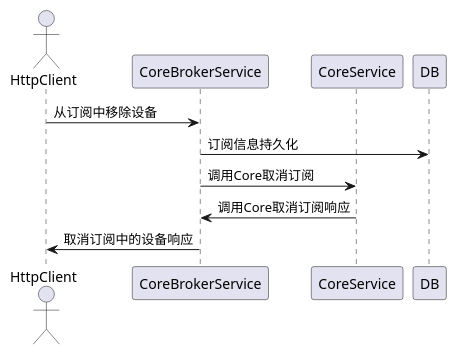
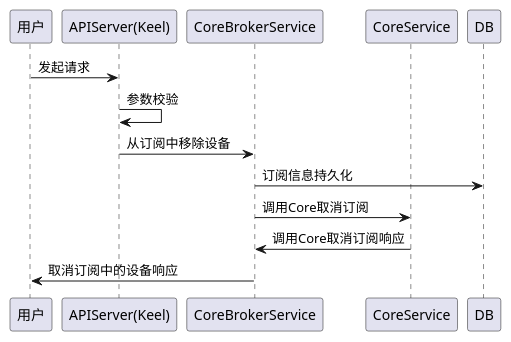
The fifth of 9 diagrams in docs/api/appendix/plantuml/core_broker.md (tkeel-io/docs), drawn with PlantUML before and after one commit. The commit also changed other lines of this file and 2 other files, not shown here.

````diff
--- a/docs/api/appendix/plantuml/core_broker.md
+++ b/docs/api/appendix/plantuml/core_broker.md
@@ -67,14 +79,17 @@
 ```plantuml
 @startuml
-actor HttpClient
+participant "用户" as user
+participant "APIServer(Keel)"  as keel
 participant CoreBrokerService
 participant CoreService
 participant DB
 
-HttpClient->CoreBrokerService:从订阅中移除设备
+user->keel: 发起请求
+keel->keel: 参数校验
+keel->CoreBrokerService:从订阅中移除设备
 CoreBrokerService->DB:订阅信息持久化
 CoreBrokerService->CoreService:调用Core取消订阅
 CoreBrokerService<-CoreService:调用Core取消订阅响应
-HttpClient<-CoreBrokerService:取消订阅中的设备响应
+user<-CoreBrokerService:取消订阅中的设备响应
 @enduml
 ```
````
